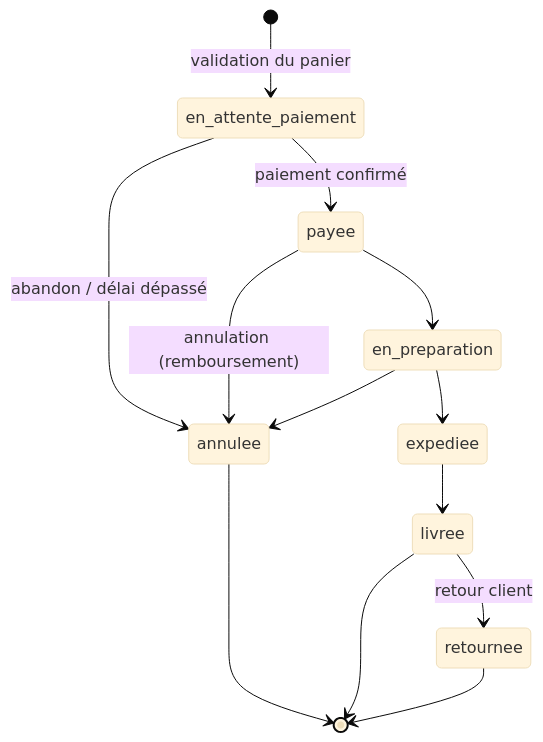
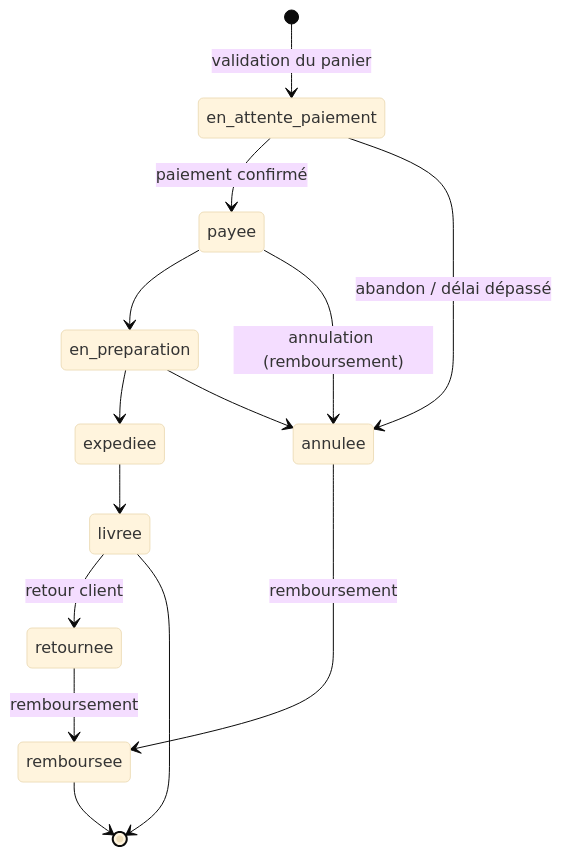
One commit to mikhawa/instruments changed the second of 2 diagrams in docs/architecture/database-schema.md. Above: the diagram before and after it, drawn with Mermaid (base theme). The commit also changed other lines of this file and 15 other files, not shown here.

````diff
--- a/docs/architecture/database-schema.md
+++ b/docs/architecture/database-schema.md
@@ -232,15 +232,16 @@
 ```mermaid
 stateDiagram-v2
     [*] --> en_attente_paiement : validation du panier
     en_attente_paiement --> payee : paiement confirmé
     en_attente_paiement --> annulee : abandon / délai dépassé
     payee --> en_preparation
     en_preparation --> expediee
     expediee --> livree
     payee --> annulee : annulation (remboursement)
     en_preparation --> annulee
     livree --> retournee : retour client
-    annulee --> [*]
+    annulee --> remboursee : remboursement
+    retournee --> remboursee : remboursement
     livree --> [*]
-    retournee --> [*]
+    remboursee --> [*]
 ```
````
